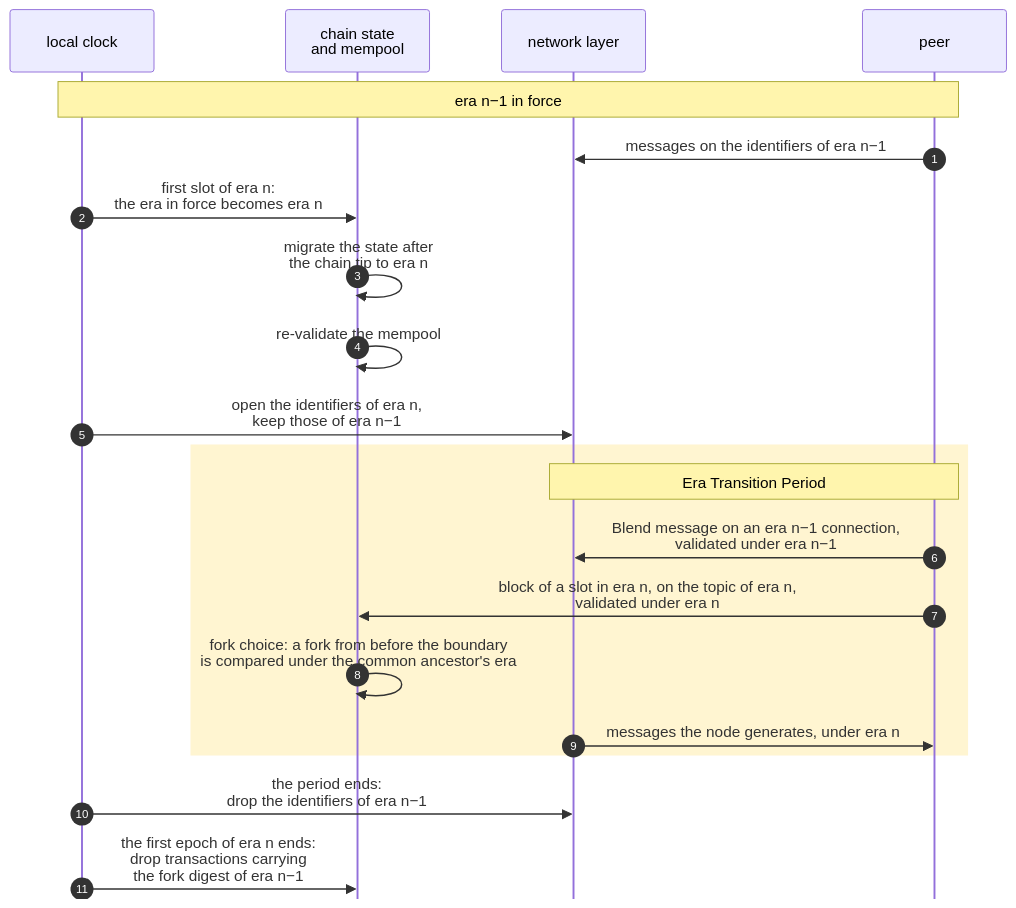
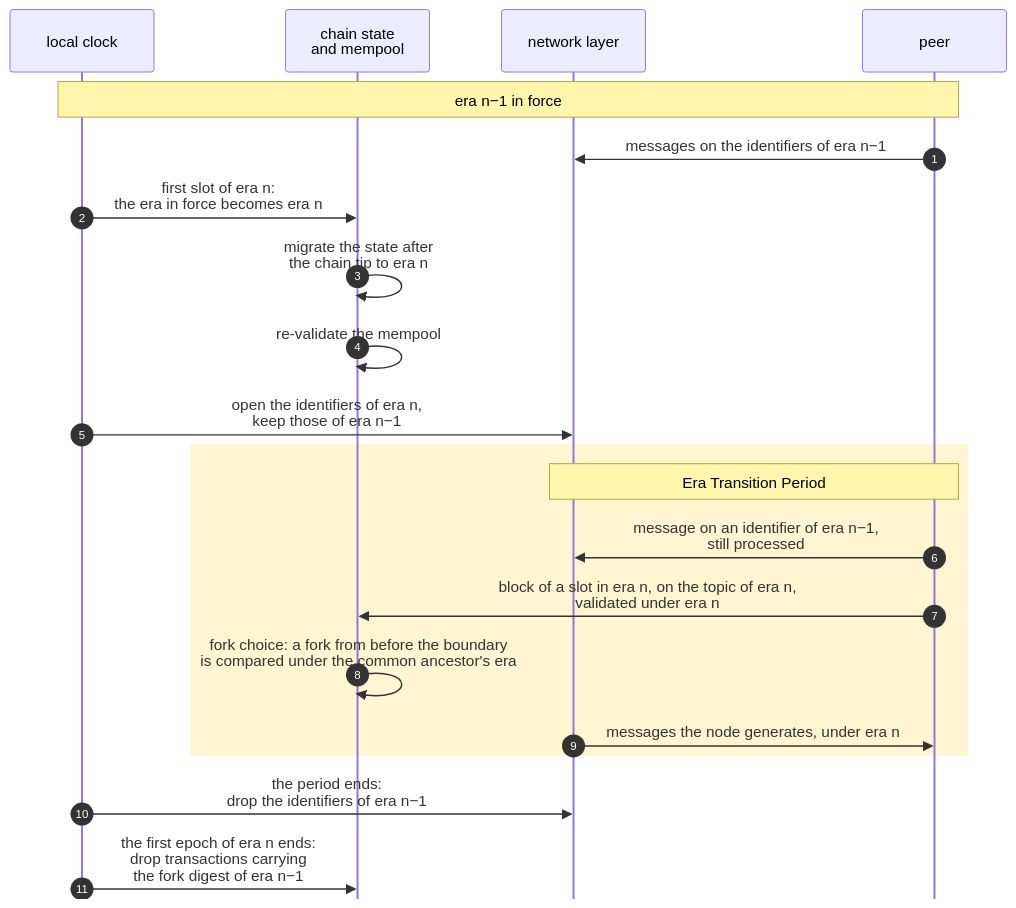
The seventh of 7 diagrams in docs/blockchain/raw/bedrock-eras.md (logos-co/logos-lips), drawn with Mermaid before and after one commit. The commit also changed other lines of this file, not shown here.

Commit message:
docs(blockchain): state that any message on a predecessor identifier is still processed during the era transition

````diff
--- a/docs/blockchain/raw/bedrock-eras.md
+++ b/docs/blockchain/raw/bedrock-eras.md
@@ -293,28 +293,28 @@
 ```mermaid
 ---
 config:
   sequence:
     mirrorActors: false
 ---
 sequenceDiagram
     autonumber
     participant C as local clock
     participant S as chain state<br/>and mempool
     participant N as network layer
     participant P as peer
     Note over C,P: era n−1 in force
     P->>N: messages on the identifiers of era n−1
     C->>S: first slot of era n:<br/>the era in force becomes era n
     S->>S: migrate the state after<br/>the chain tip to era n
     S->>S: re-validate the mempool
     C->>N: open the identifiers of era n,<br/>keep those of era n−1
     rect rgba(255, 200, 0, 0.18)
         Note over N,P: Era Transition Period
-        P->>N: Blend message on an era n−1 connection,<br/>validated under era n−1
+        P->>N: message on an identifier of era n−1,<br/>still processed
         P->>S: block of a slot in era n, on the topic of era n,<br/>validated under era n
         S->>S: fork choice: a fork from before the boundary<br/>is compared under the common ancestor's era
         N->>P: messages the node generates, under era n
     end
     C->>N: the period ends:<br/>drop the identifiers of era n−1
     C->>S: the first epoch of era n ends:<br/>drop transactions carrying<br/>the fork digest of era n−1
 ```
````
